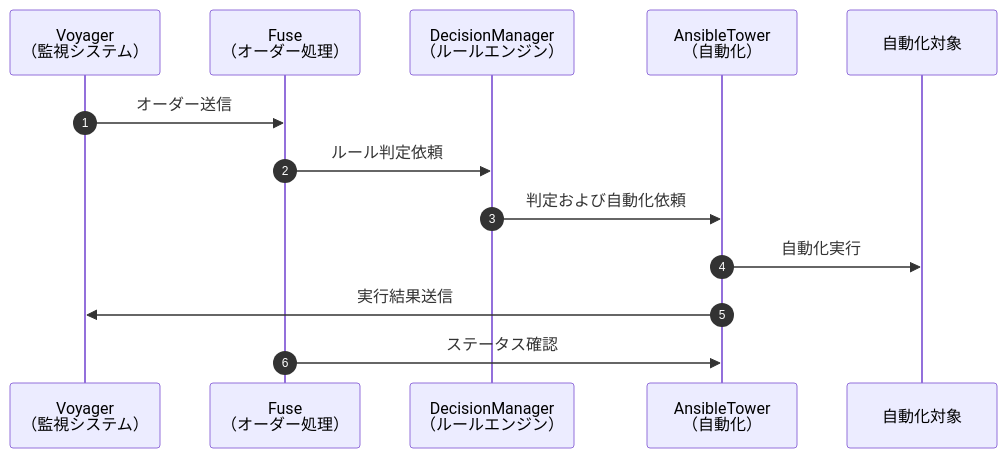
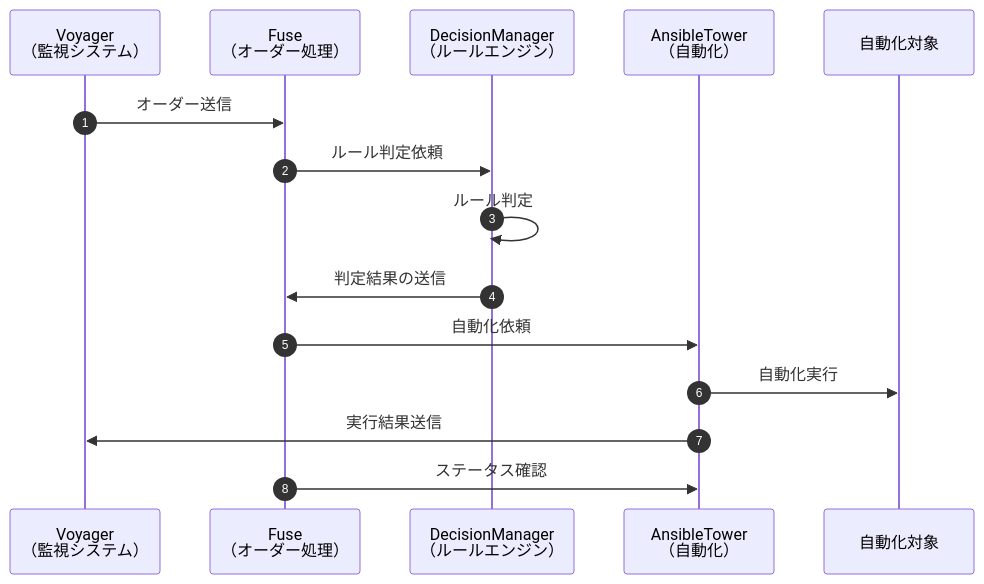
One commit to panda-git-hub/handbook changed the diagram in hoge.md. Above: the diagram before and after it, drawn with Mermaid.

````diff
--- a/hoge.md
+++ b/hoge.md
@@ -1,16 +1,18 @@
 ```mermaid
 sequenceDiagram
   autonumber
   participant A as Voyager<br>（監視システム）
   participant B as Fuse<br>（オーダー処理）
   participant C as DecisionManager<br>（ルールエンジン）
   participant D as AnsibleTower<br>（自動化）
   participant E as 自動化対象
 
   A->>B: オーダー送信
   B->>C: ルール判定依頼
-  C->>D: 判定および自動化依頼
+  C->>C: ルール判定
+  C->>B: 判定結果の送信
+  B->>D: 自動化依頼
   D->>E: 自動化実行  
   D->>A: 実行結果送信
   B->>D: ステータス確認 
 ```
````
